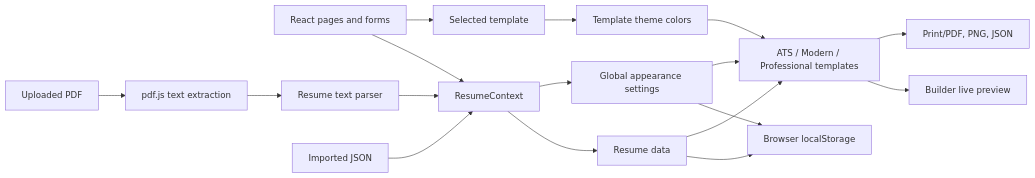
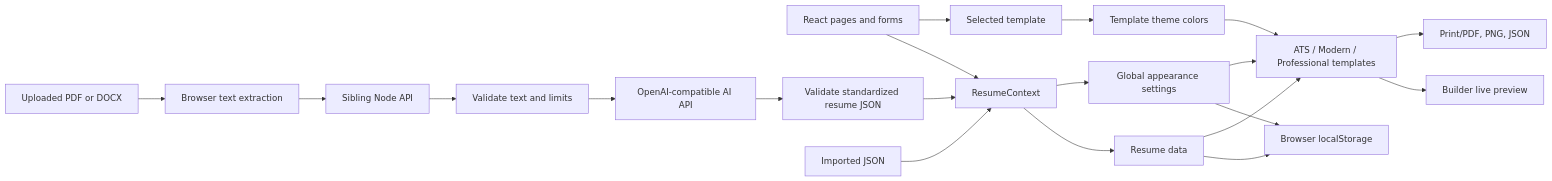
One commit to farooque1/AI-resume-builder changed the second of 2 diagrams in README.md. Above: the diagram before and after it, drawn with Mermaid. The commit also changed other lines of this file and 47 other files, not shown here.

````diff
--- a/README.md
+++ b/README.md
@@ -54,19 +74,22 @@
 ```mermaid
 flowchart LR
     UI["React pages and forms"] --> Context["ResumeContext"]
     Context --> Data["Resume data"]
     Context --> Appearance["Global appearance settings"]
     Data --> LocalStorage["Browser localStorage"]
     Appearance --> LocalStorage
     UI --> TemplateSelect["Selected template"]
     TemplateSelect --> Theme["Template theme colors"]
     Data --> Templates["ATS / Modern / Professional templates"]
     Appearance --> Templates
     Theme --> Templates
     Templates --> Preview["Builder live preview"]
     Templates --> Export["Print/PDF, PNG, JSON"]
-    PDF["Uploaded PDF"] --> PDFText["pdf.js text extraction"]
-    PDFText --> Parser["Resume text parser"]
-    Parser --> Context
+    PDF["Uploaded PDF or DOCX"] --> PDFText["Browser text extraction"]
+    PDFText --> API["Sibling Node API"]
+    API --> Validate["Validate text and limits"]
+    Validate --> AI["OpenAI-compatible AI API"]
+    AI --> Schema["Validate standardized resume JSON"]
+    Schema --> Context
     JSON["Imported JSON"] --> Context
 ```
````
